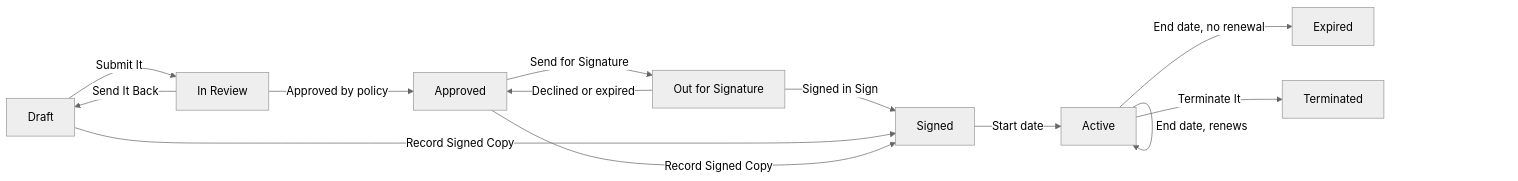
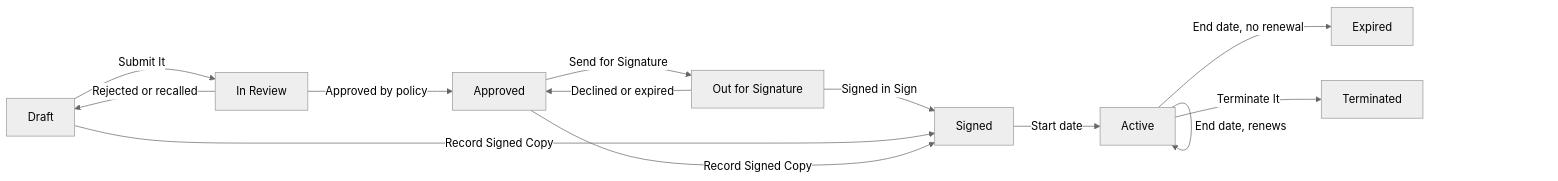
Before and after one commit to CBFerrum/ferrum-app-contracts: the first of 2 diagrams in README.md, drawn with Mermaid (neutral theme). The commit also changed other lines of this file and 7 other files, not shown here.

````diff
--- a/README.md
+++ b/README.md
@@ -254,15 +252,15 @@
 ```mermaid
 flowchart LR
     A["Draft"] -->|"Submit It"| B["In Review"]
     B -->|"Approved by policy"| C["Approved"]
-    B -->|"Send It Back"| A
+    B -->|"Rejected or recalled"| A
     C -->|"Send for Signature"| D["Out for Signature"]
     D -->|"Declined or expired"| C
     D -->|"Signed in Sign"| E["Signed"]
     A -->|"Record Signed Copy"| E
     C -->|"Record Signed Copy"| E
     E -->|"Start date"| F["Active"]
     F -->|"End date, renews"| F
     F -->|"End date, no renewal"| G["Expired"]
     F -->|"Terminate It"| H["Terminated"]
 ```
````
